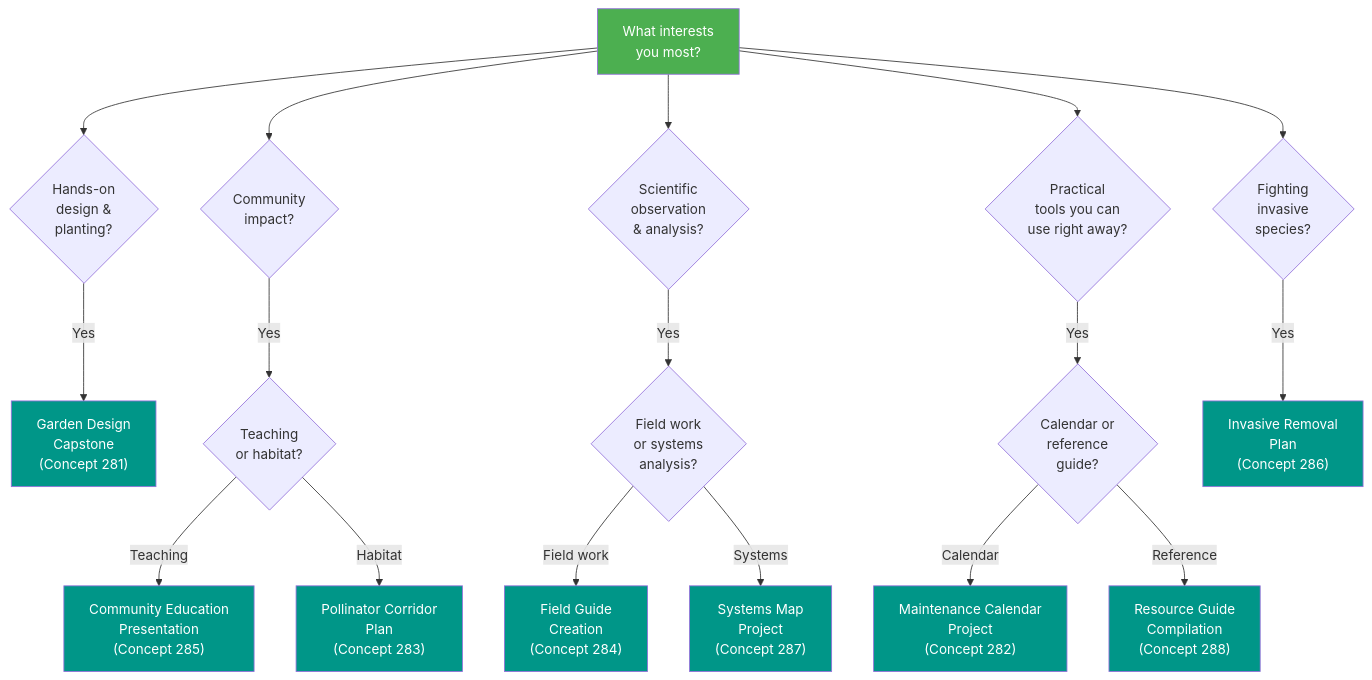
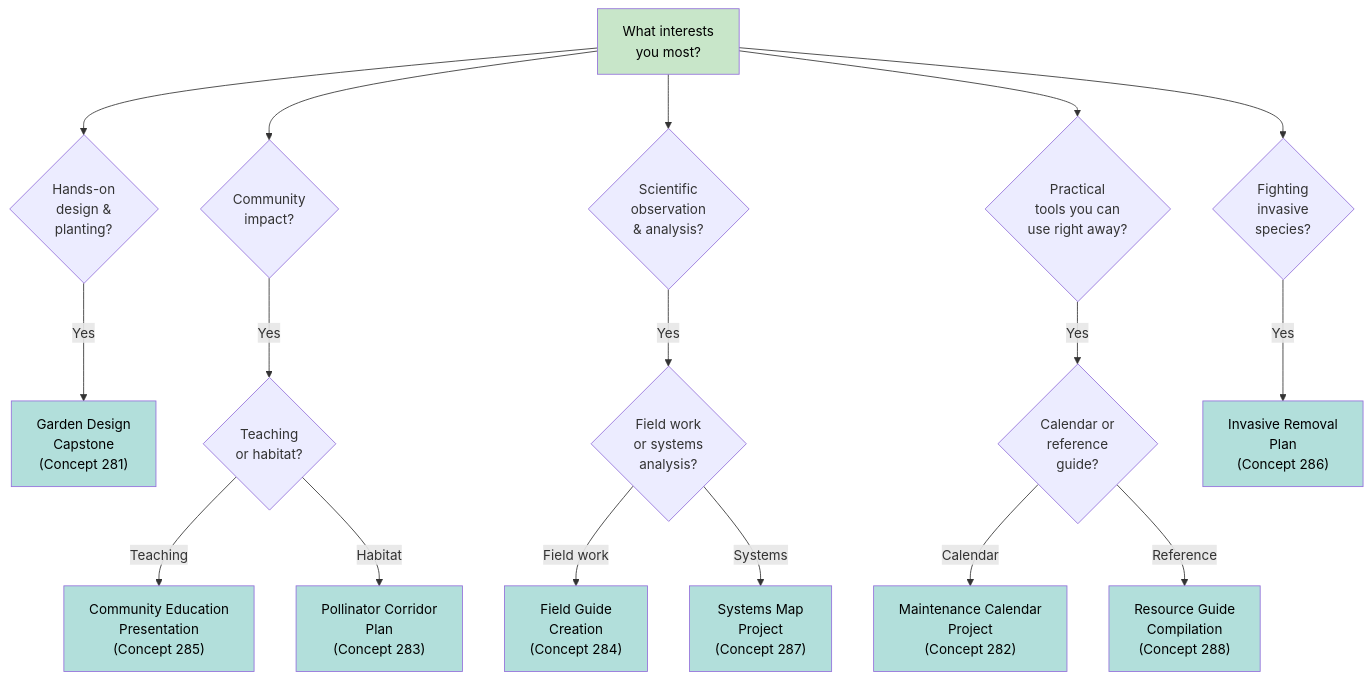
One commit to arunbatchu/minnesota-native-plants changed the second of 2 diagrams in docs/chapters/17-capstone-projects/index.md. Above: the diagram before and after it, drawn with Mermaid. The commit also changed other lines of this file and 10 other files, not shown here.

First line of the commit message:
Switch Mermaid diagrams to pastel palette — black text on light backgrounds

````diff
--- a/docs/chapters/17-capstone-projects/index.md
+++ b/docs/chapters/17-capstone-projects/index.md
@@ -561,30 +561,30 @@
 ```mermaid
 flowchart TD
     A["What interests<br>you most?"] --> B{"Hands-on<br>design &<br>planting?"}
     A --> C{"Community<br>impact?"}
     A --> D{"Scientific<br>observation<br>& analysis?"}
     A --> E{"Practical<br>tools you can<br>use right away?"}
     A --> F{"Fighting<br>invasive<br>species?"}
 
     B -->|"Yes"| B1["Garden Design<br>Capstone<br>(Concept 281)"]
     C -->|"Yes"| C1{"Teaching<br>or habitat?"}
     C1 -->|"Teaching"| C2["Community Education<br>Presentation<br>(Concept 285)"]
     C1 -->|"Habitat"| C3["Pollinator Corridor<br>Plan<br>(Concept 283)"]
     D -->|"Yes"| D1{"Field work<br>or systems<br>analysis?"}
     D1 -->|"Field work"| D2["Field Guide<br>Creation<br>(Concept 284)"]
     D1 -->|"Systems"| D3["Systems Map<br>Project<br>(Concept 287)"]
     E -->|"Yes"| E1{"Calendar or<br>reference<br>guide?"}
     E1 -->|"Calendar"| E2["Maintenance Calendar<br>Project<br>(Concept 282)"]
     E1 -->|"Reference"| E3["Resource Guide<br>Compilation<br>(Concept 288)"]
     F -->|"Yes"| F1["Invasive Removal<br>Plan<br>(Concept 286)"]
 
-    style A fill:#4CAF50,color:#fff
-    style B1 fill:#009688,color:#fff
-    style C2 fill:#009688,color:#fff
-    style C3 fill:#009688,color:#fff
-    style D2 fill:#009688,color:#fff
-    style D3 fill:#009688,color:#fff
-    style E2 fill:#009688,color:#fff
-    style E3 fill:#009688,color:#fff
-    style F1 fill:#009688,color:#fff
+    style A fill:#C8E6C9,color:#000
+    style B1 fill:#B2DFDB,color:#000
+    style C2 fill:#B2DFDB,color:#000
+    style C3 fill:#B2DFDB,color:#000
+    style D2 fill:#B2DFDB,color:#000
+    style D3 fill:#B2DFDB,color:#000
+    style E2 fill:#B2DFDB,color:#000
+    style E3 fill:#B2DFDB,color:#000
+    style F1 fill:#B2DFDB,color:#000
 ```
````
